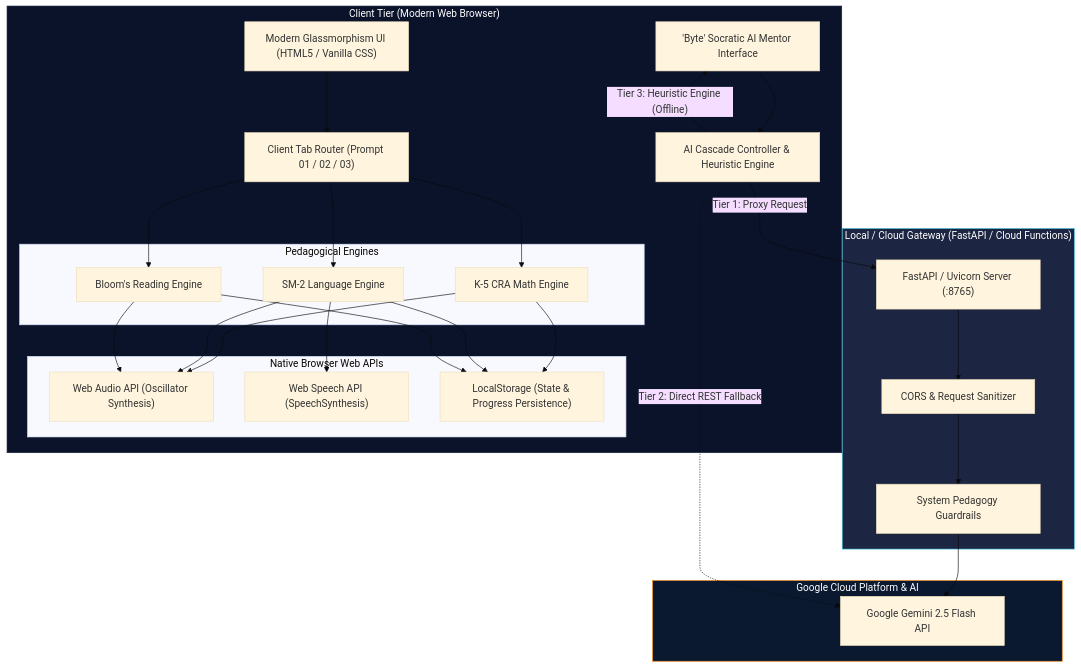
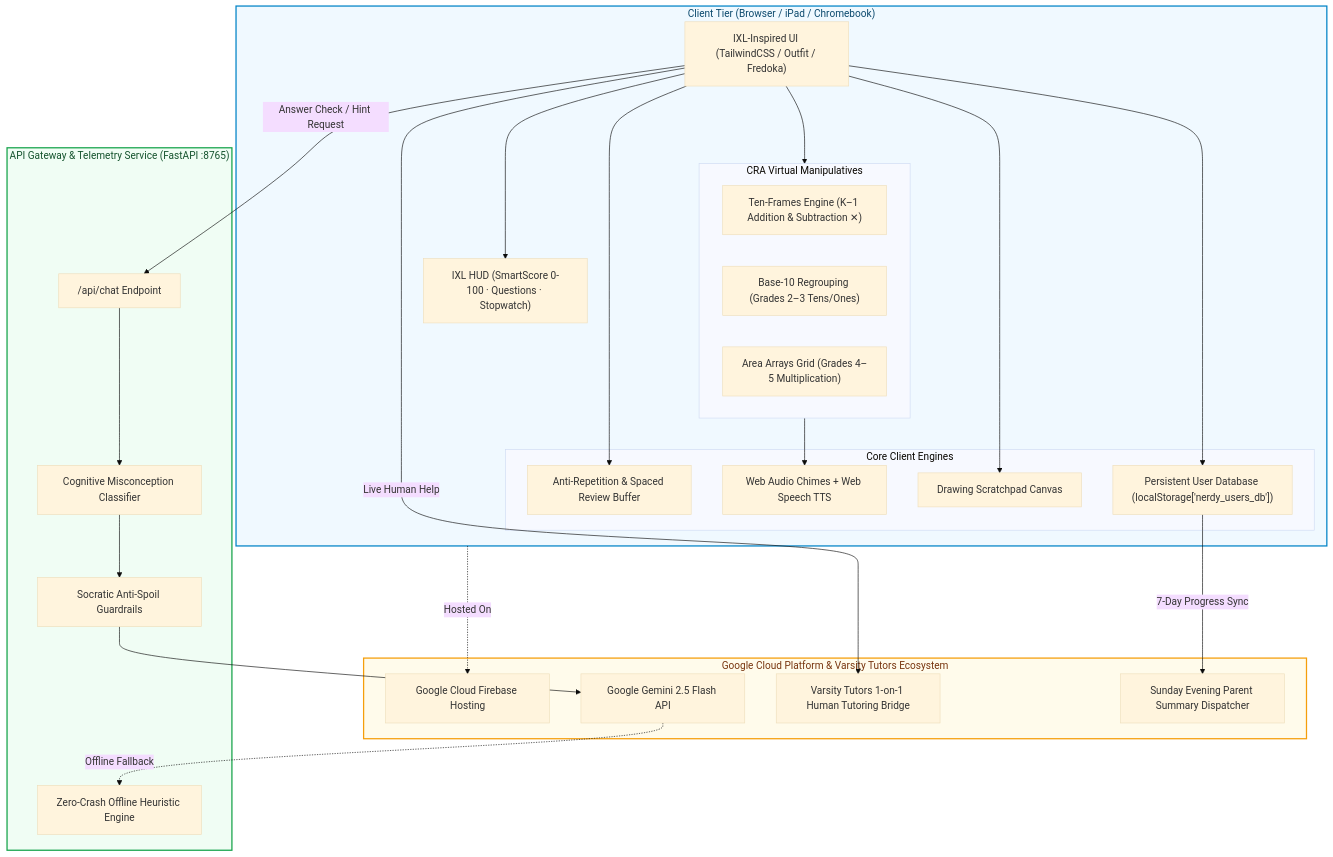
Before and after one commit to SKannaian/nerdy-arithmetic-ai: the first of 8 diagrams in ARCHITECTURE.md, drawn with Mermaid (base theme). The commit also changed other lines of this file, not shown here.

Commit message:
docs(arch): update ARCHITECTURE.md with comprehensive flow diagrams and system topology

````diff
--- a/ARCHITECTURE.md
+++ b/ARCHITECTURE.md
@@ -26,54 +27,61 @@
 ```mermaid
 graph TB
-    subgraph Client["Client Tier (Modern Web Browser)"]
-        UI["Modern Glassmorphism UI (HTML5 / Vanilla CSS)"]
-        Router["Client Tab Router (Prompt 01 / 02 / 03)"]
+    subgraph ClientTier["Client Tier (Browser / iPad / Chromebook)"]
+        UI["IXL-Inspired UI (TailwindCSS / Outfit / Fredoka)"]
+        HUD["IXL HUD (SmartScore 0-100 · Questions · Stopwatch)"]
         
-        subgraph SubEngines["Pedagogical Engines"]
-            MathEng["K-5 CRA Math Engine"]
-            LangEng["SM-2 Language Engine"]
-            ReadEng["Bloom's Reading Engine"]
+        subgraph Manipulatives["CRA Virtual Manipulatives"]
+            TenFrame["Ten-Frames Engine (K–1 Addition & Subtraction ✕)"]
+            Base10["Base-10 Regrouping (Grades 2–3 Tens/Ones)"]
+            AreaArray["Area Arrays Grid (Grades 4–5 Multiplication)"]
         end
-        
-        subgraph BrowserAPIs["Native Browser Web APIs"]
-            WebAudio["Web Audio API (Oscillator Synthesis)"]
-            WebSpeech["Web Speech API (SpeechSynthesis)"]
-            LocalStore["LocalStorage (State & Progress Persistence)"]
+
+        subgraph Engines["Core Client Engines"]
+            AntiRep["Anti-Repetition & Spaced Review Buffer"]
+            AudioSynth["Web Audio Chimes + Web Speech TTS"]
+            Scratchpad["Drawing Scratchpad Canvas"]
+            UserDB["Persistent User Database (localStorage['nerdy_users_db'])"]
         end
-        
-        MentorWidget["'Byte' Socratic AI Mentor Interface"]
-        CascadeCtrl["AI Cascade Controller & Heuristic Engine"]
     end
 
-    subgraph BackendGateway["Local / Cloud Gateway (FastAPI / Cloud Functions)"]
-        FastAPI["FastAPI / Uvicorn Server (:8765)"]
-        CORS["CORS & Request Sanitizer"]
-        SocraticPrompt["System Pedagogy Guardrails"]
+    subgraph BackendTier["API Gateway & Telemetry Service (FastAPI :8765)"]
+        Router["/api/chat Endpoint"]
+        Classifier["Cognitive Misconception Classifier"]
+        Guardrails["Socratic Anti-Spoil Guardrails"]
+        OfflineHeuristic["Zero-Crash Offline Heuristic Engine"]
     end
 
-    subgraph ExternalServices["Google Cloud Platform & AI"]
-        GeminiAPI["Google Gemini 2.5 Flash API"]
+    subgraph CloudTier["Google Cloud Platform & Varsity Tutors Ecosystem"]
+        Firebase["Google Cloud Firebase Hosting"]
+        GeminiFlash["Google Gemini 2.5 Flash API"]
+        VarsityTutor["Varsity Tutors 1-on-1 Human Tutoring Bridge"]
+        WeeklyEmail["Sunday Evening Parent Summary Dispatcher"]
     end
 
-    %% Wiring
-    UI --> Router
-    Router --> MathEng
-    Router --> LangEng
-    Router --> ReadEng
+    %% Client Interactions
+    UI --> HUD
+    UI --> Manipulatives
+    UI --> Scratchpad
+    UI --> AntiRep
+    UI --> UserDB
+    Manipulatives --> AudioSynth
 
-    MathEng & LangEng & ReadEng --> WebAudio
-    LangEng --> WebSpeech
-    MathEng & LangEng & ReadEng --> LocalStore
+    %% Gateway & AI
+    UI -- "Answer Check / Hint Request" --> Router
+    Router --> Classifier
+    Classifier --> Guardrails
+    Guardrails --> GeminiFlash
+    GeminiFlash -. "Offline Fallback" .-> OfflineHeuristic
+    
+    %% Hosting & Ecosystem
+    ClientTier -. "Hosted On" .-> Firebase
+    UI -- "Live Human Help" --> VarsityTutor
+    UserDB -- "7-Day Progress Sync" --> WeeklyEmail
 
-    MentorWidget --> CascadeCtrl
-    
-    CascadeCtrl -- "Tier 1: Proxy Request" --> FastAPI
-    FastAPI --> CORS --> SocraticPrompt --> GeminiAPI
-    
-    CascadeCtrl -. "Tier 2: Direct REST Fallback" .-> GeminiAPI
-    CascadeCtrl -- "Tier 3: Heuristic Engine (Offline)" --> MentorWidget
-
-    style Client fill:#0B132B,stroke:#1C2541,color:#fff
-    style BackendGateway fill:#1C2541,stroke:#48CAE4,color:#fff
-    style ExternalServices fill:#0A192F,stroke:#F77F00,color:#fff
+    classDef client fill:#f0f9ff,stroke:#0284c7,stroke-width:2px,color:#0c4a6e;
+    classDef backend fill:#f0fdf4,stroke:#16a34a,stroke-width:2px,color:#14532d;
+    classDef cloud fill:#fffbeb,stroke:#f59e0b,stroke-width:2px,color:#78350f;
+    class ClientTier client;
+    class BackendTier backend;
+    class CloudTier cloud;
 ```
````
